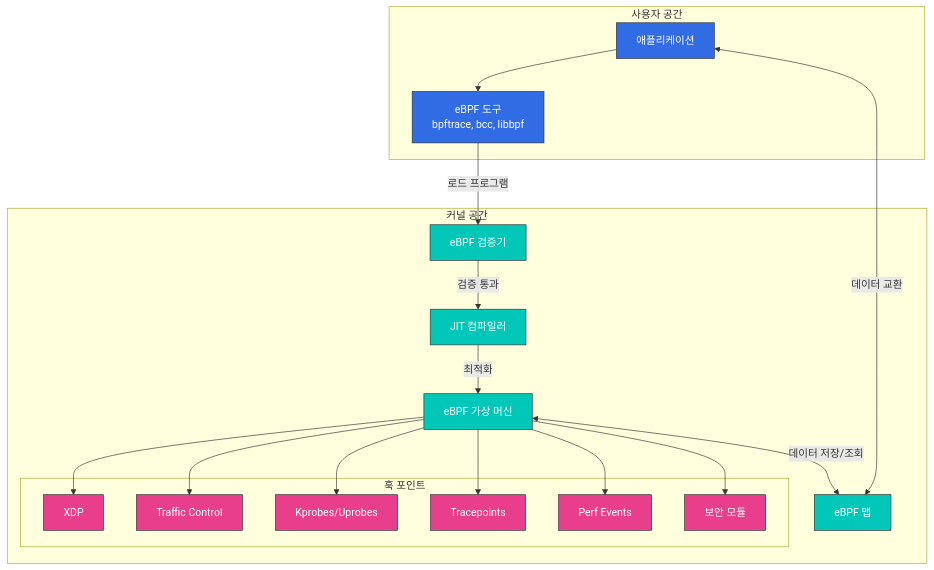
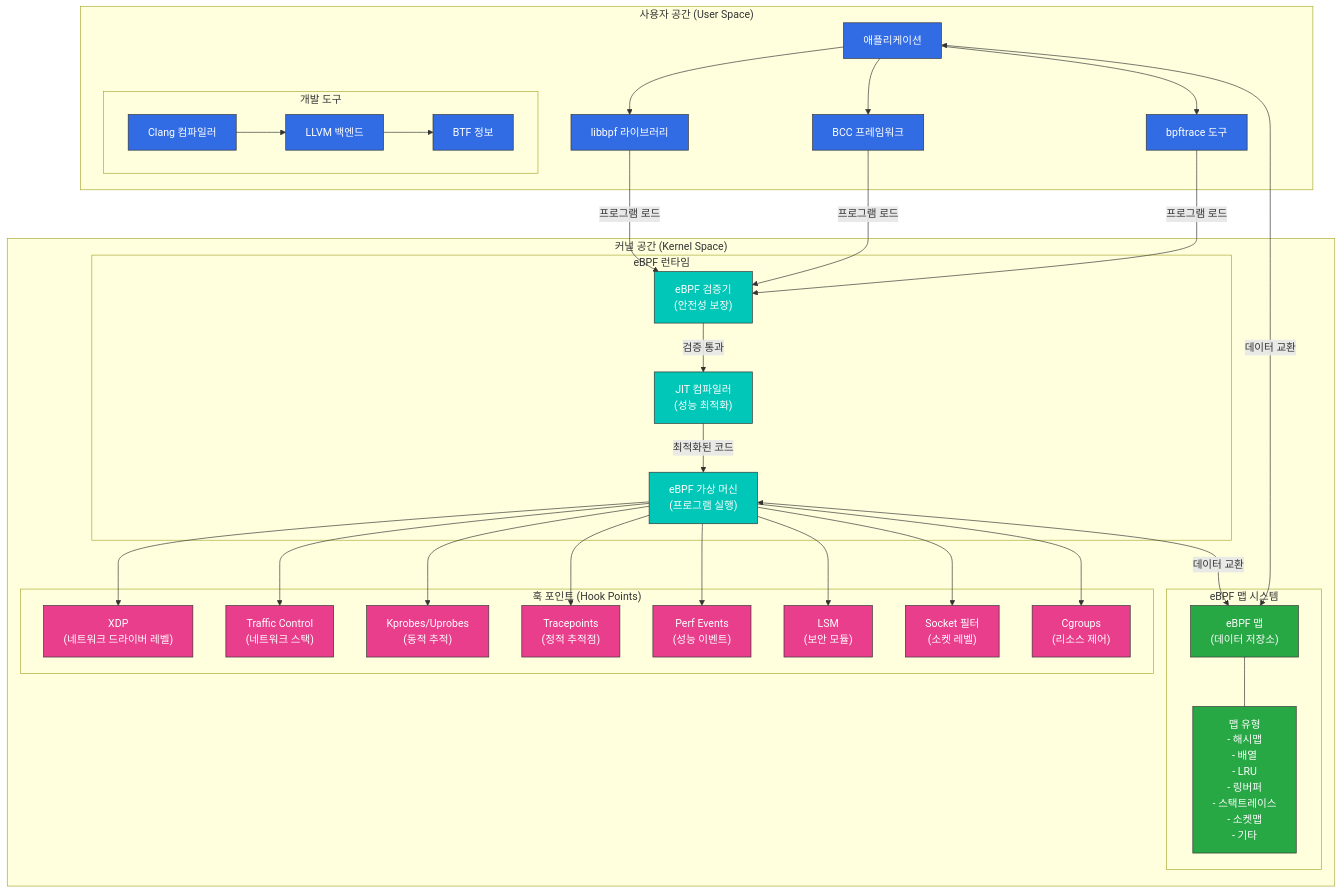
Before and after one commit to Atom-oh/kubernetes-docs: the first of 2 diagrams in cilium/02-ebpf.md, drawn with Mermaid. The commit also changed other lines of this file and 69 other files, not shown here.

````diff
--- a/cilium/02-ebpf.md
+++ b/cilium/02-ebpf.md
@@ -64,41 +210,64 @@
 ```mermaid
 flowchart TD
-    subgraph "사용자 공간"
+    subgraph "사용자 공간 (User Space)"
         App[애플리케이션]
-        Tools[eBPF 도구 \n bpftrace, bcc, libbpf]
-        App --> Tools
+        LibBPF[libbpf 라이브러리]
+        BCC[BCC 프레임워크]
+        BPFtrace[bpftrace 도구]
+        App --> LibBPF & BCC & BPFtrace
+        
+        subgraph "개발 도구"
+            Clang[Clang 컴파일러]
+            LLVM[LLVM 백엔드]
+            BTF_Info[BTF 정보]
+            Clang --> LLVM
+            LLVM --> BTF_Info
+        end
     end
     
-    subgraph "커널 공간"
-        Verifier[eBPF 검증기]
-        JIT[JIT 컴파일러]
-        VM[eBPF 가상 머신]
-        Maps[eBPF 맵]
-        
-        Tools -->|로드 프로그램| Verifier
-        Verifier -->|검증 통과| JIT
-        JIT -->|최적화| VM
-        VM <-->|데이터 저장/조회| Maps
-        App <-->|데이터 교환| Maps
-        
-        subgraph "훅 포인트"
-            XDP[XDP]
-            TC[Traffic Control]
-            Kprobes[Kprobes/Uprobes]
-            Tracepoints[Tracepoints]
-            Perf[Perf Events]
-            LSM[보안 모듈]
+    subgraph "커널 공간 (Kernel Space)"
+        subgraph "eBPF 런타임"
+            Verifier["eBPF 검증기
+            (안전성 보장)"]
+            JIT["JIT 컴파일러\n(성능 최적화)"]
+            VM["eBPF 가상 머신\n(프로그램 실행)"]
+            
+            Verifier -->|검증 통과| JIT
+            JIT -->|최적화된 코드| VM
         end
         
-        VM --> XDP & TC & Kprobes & Tracepoints & Perf & LSM
+        subgraph "eBPF 맵 시스템"
+            Maps["eBPF 맵\n(데이터 저장소)"]
+            MapTypes["맵 유형\n- 해시맵\n- 배열\n- LRU\n- 링버퍼\n- 스택트레이스\n- 소켓맵\n- 기타"]
+            Maps --- MapTypes
+        end
+        
+        subgraph "훅 포인트 (Hook Points)"
+            XDP["XDP\n(네트워크 드라이버 레벨)"]
+            TC["Traffic Control\n(네트워크 스택)"]
+            Kprobes["Kprobes/Uprobes\n(동적 추적)"]
+            Tracepoints["Tracepoints\n(정적 추적점)"]
+            Perf["Perf Events\n(성능 이벤트)"]
+            LSM["LSM\n(보안 모듈)"]
+            Sockets["Socket 필터\n(소켓 레벨)"]
+            Cgroups["Cgroups\n(리소스 제어)"]
+        end
+        
+        VM --> XDP & TC & Kprobes & Tracepoints & Perf & LSM & Sockets & Cgroups
+        VM <-->|데이터 교환| Maps
     end
+    
+    LibBPF & BCC & BPFtrace -->|프로그램 로드| Verifier
+    App <-->|데이터 교환| Maps
     
     classDef userspace fill:#326CE5,stroke:#333,stroke-width:1px,color:white;
     classDef kernelspace fill:#FF9900,stroke:#333,stroke-width:1px,color:black;
     classDef ebpfcomp fill:#00C7B7,stroke:#333,stroke-width:1px,color:white;
     classDef hookpoint fill:#E83E8C,stroke:#333,stroke-width:1px,color:white;
+    classDef mapcomp fill:#28A745,stroke:#333,stroke-width:1px,color:white;
     
-    class App,Tools userspace;
-    class Verifier,JIT,VM,Maps ebpfcomp;
-    class XDP,TC,Kprobes,Tracepoints,Perf,LSM hookpoint;
+    class App,LibBPF,BCC,BPFtrace,Clang,LLVM,BTF_Info userspace;
+    class Verifier,JIT,VM ebpfcomp;
+    class Maps,MapTypes mapcomp;
+    class XDP,TC,Kprobes,Tracepoints,Perf,LSM,Sockets,Cgroups hookpoint;
 ```
````
